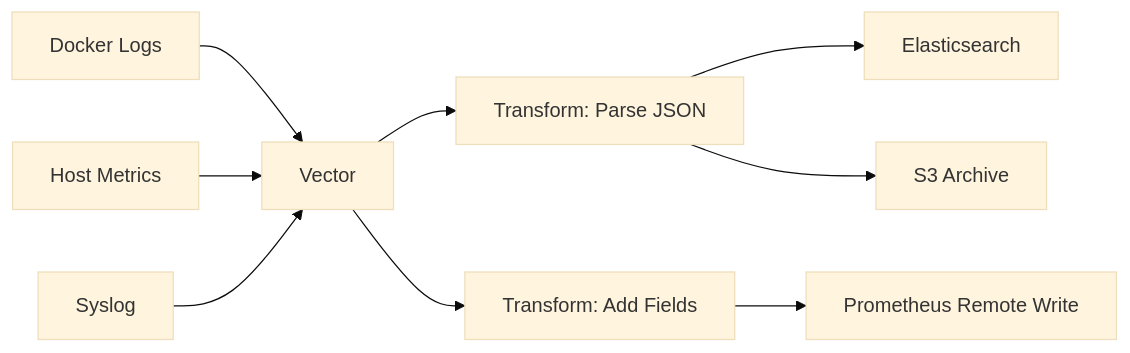
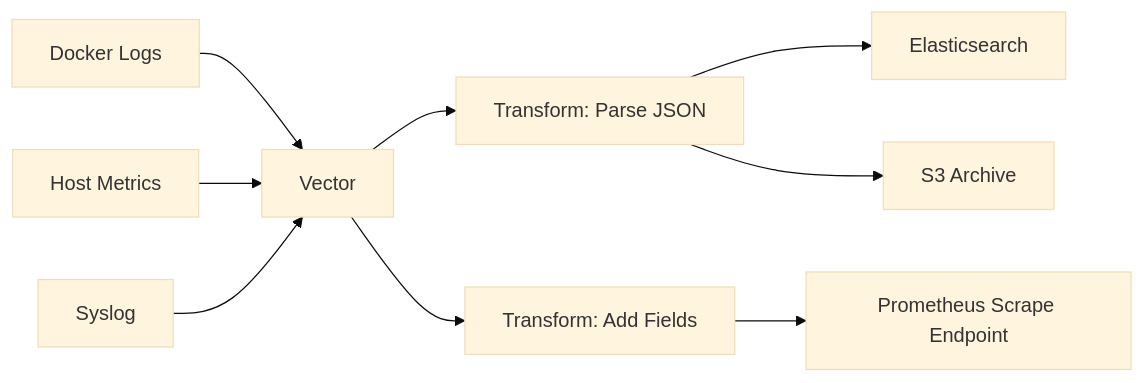
The diagram in posts/2026-02-08-how-to-run-vector-in-docker-for-observability-pipelines/README.md (OneUptime/blog), drawn with Mermaid (base theme) before and after one commit. The commit also changed other lines of this file and 2 other files, not shown here.

````diff
--- a/posts/2026-02-08-how-to-run-vector-in-docker-for-observability-pipelines/README.md
+++ b/posts/2026-02-08-how-to-run-vector-in-docker-for-observability-pipelines/README.md
@@ -19,11 +19,11 @@
 ```mermaid
 graph LR
     A[Docker Logs] --> V[Vector]
     B[Host Metrics] --> V
     C[Syslog] --> V
     V --> T1[Transform: Parse JSON]
     V --> T2[Transform: Add Fields]
     T1 --> S1[Elasticsearch]
-    T2 --> S2[Prometheus Remote Write]
+    T2 --> S2[Prometheus Scrape Endpoint]
     T1 --> S3[S3 Archive]
 ```
````
